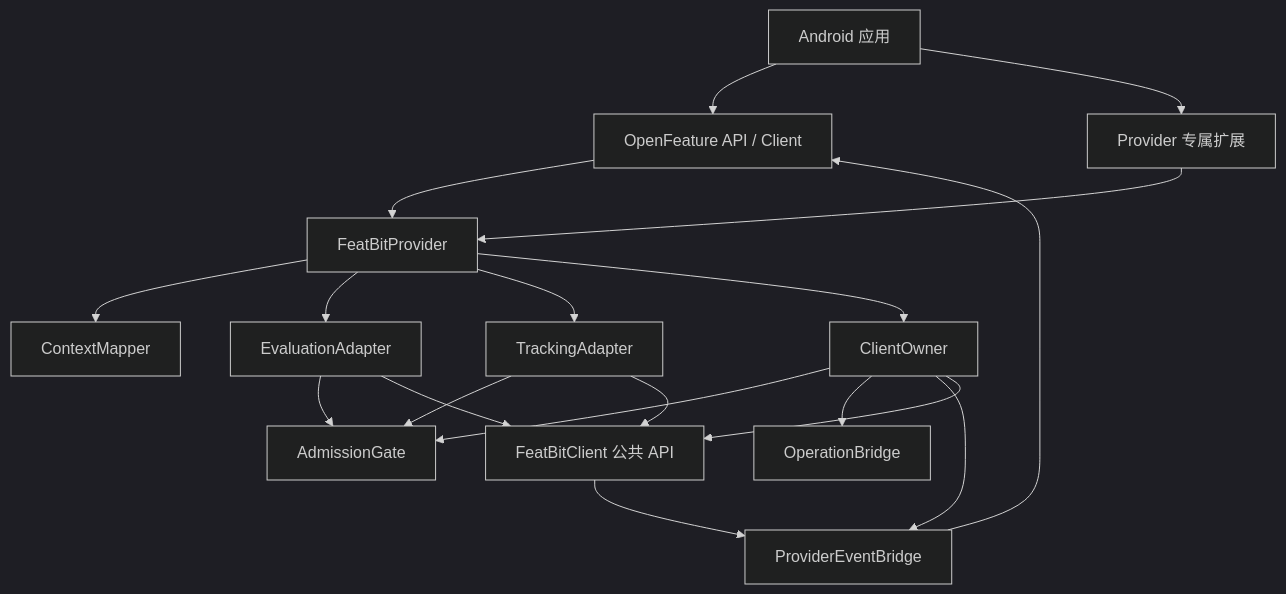
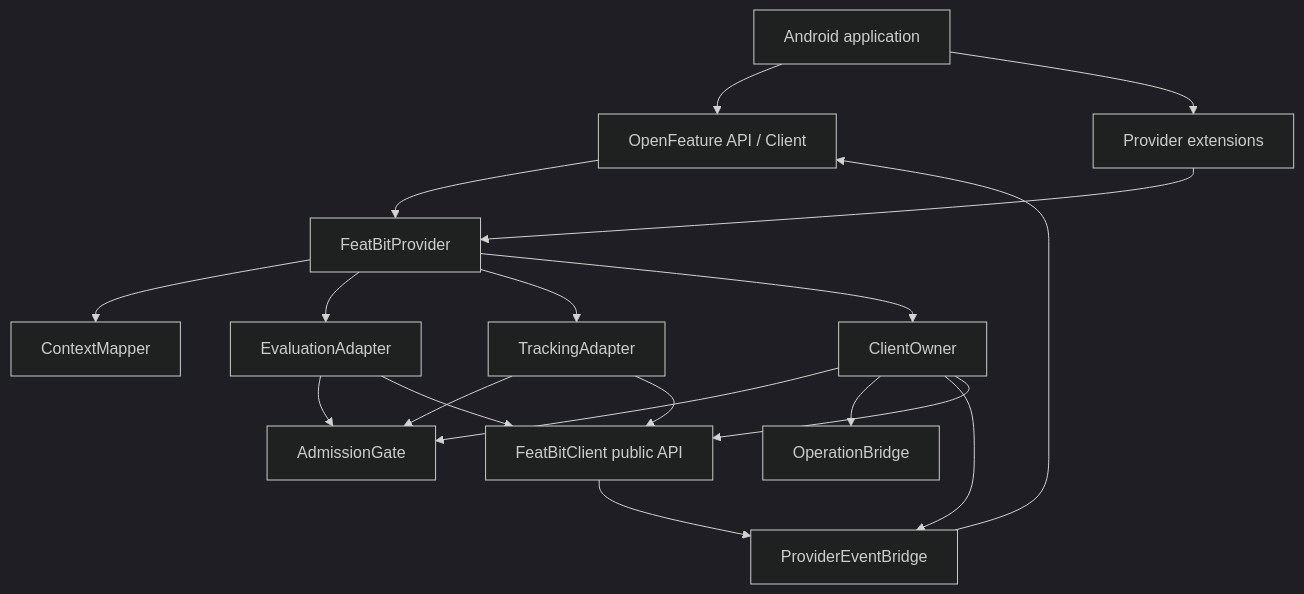
Before and after one commit to featbit/openfeature-provider-android-client: the first of 3 diagrams in docs/architecture.md, drawn with Mermaid (dark theme). The commit also changed other lines of this file and 90 other files, not shown here.

````diff
--- a/docs/architecture.md
+++ b/docs/architecture.md
@@ -24,21 +24,21 @@
 ```mermaid
 flowchart TD
-    App[Android 应用] --> OF[OpenFeature API / Client]
-    App --> Ext[Provider 专属扩展]
+    App[Android application] --> OF[OpenFeature API / Client]
+    App --> Ext[Provider extensions]
     OF --> Facade[FeatBitProvider]
     Ext --> Facade
     Facade --> Mapper[ContextMapper]
     Facade --> Eval[EvaluationAdapter]
     Facade --> Track[TrackingAdapter]
     Facade --> Owner[ClientOwner]
     Eval --> Gate[AdmissionGate]
     Track --> Gate
     Owner --> Gate
     Owner --> Bridge[OperationBridge]
     Owner --> Events[ProviderEventBridge]
-    Eval --> Core[FeatBitClient 公共 API]
+    Eval --> Core[FeatBitClient public API]
     Track --> Core
     Owner --> Core
     Core --> Events
     Events --> OF
 ```
````
